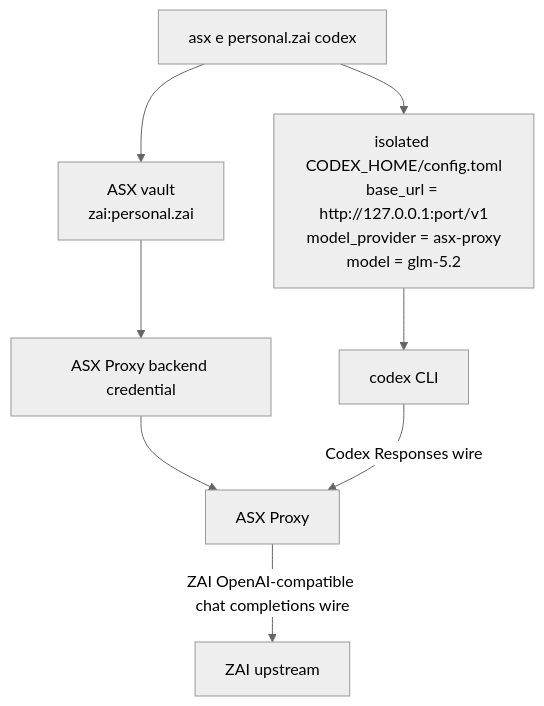
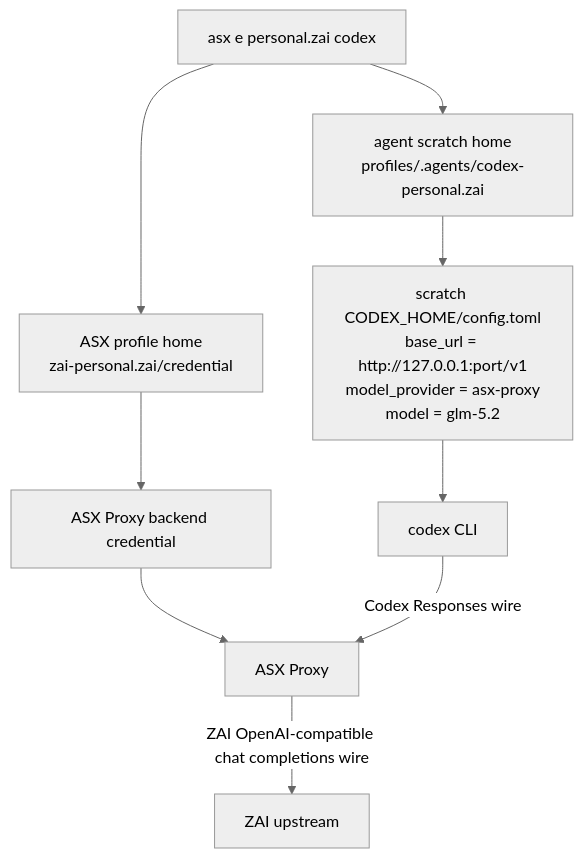
Before and after one commit to enif-lee/asx: the seventh of 9 diagrams in ARCHITECTURE.md, drawn with Mermaid (neutral theme). The commit also changed other lines of this file and 15 other files, not shown here.

````diff
--- a/ARCHITECTURE.md
+++ b/ARCHITECTURE.md
@@ -266,15 +284,16 @@
 ```mermaid
 flowchart TD
   Cmd["asx e personal.zai codex"]
-  Vault["ASX vault<br/>zai:personal.zai"]
+  ProfileHome["ASX profile home<br/>zai-personal.zai/credential"]
   BackendCred["ASX Proxy backend credential"]
-  Config["isolated CODEX_HOME/config.toml<br/>base_url = http://127.0.0.1:port/v1<br/>model_provider = asx-proxy<br/>model = glm-5.2"]
+  Scratch["agent scratch home<br/>profiles/.agents/codex-personal.zai"]
+  Config["scratch CODEX_HOME/config.toml<br/>base_url = http://127.0.0.1:port/v1<br/>model_provider = asx-proxy<br/>model = glm-5.2"]
   Agent["codex CLI"]
   Proxy["ASX Proxy"]
   Upstream["ZAI upstream"]
 
-  Cmd --> Vault --> BackendCred --> Proxy
-  Cmd --> Config --> Agent
+  Cmd --> ProfileHome --> BackendCred --> Proxy
+  Cmd --> Scratch --> Config --> Agent
   Agent -- "Codex Responses wire" --> Proxy
   Proxy -- "ZAI OpenAI-compatible chat completions wire" --> Upstream
 ```
````
